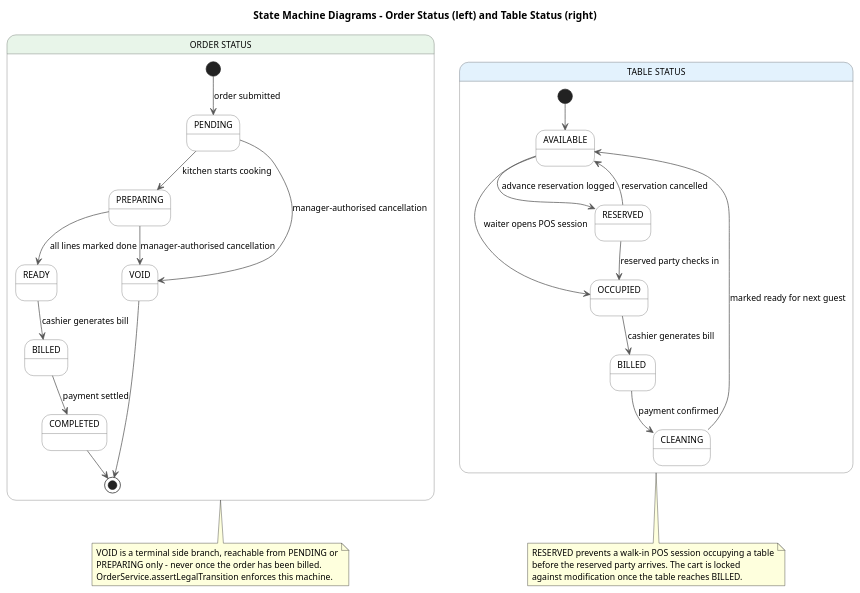
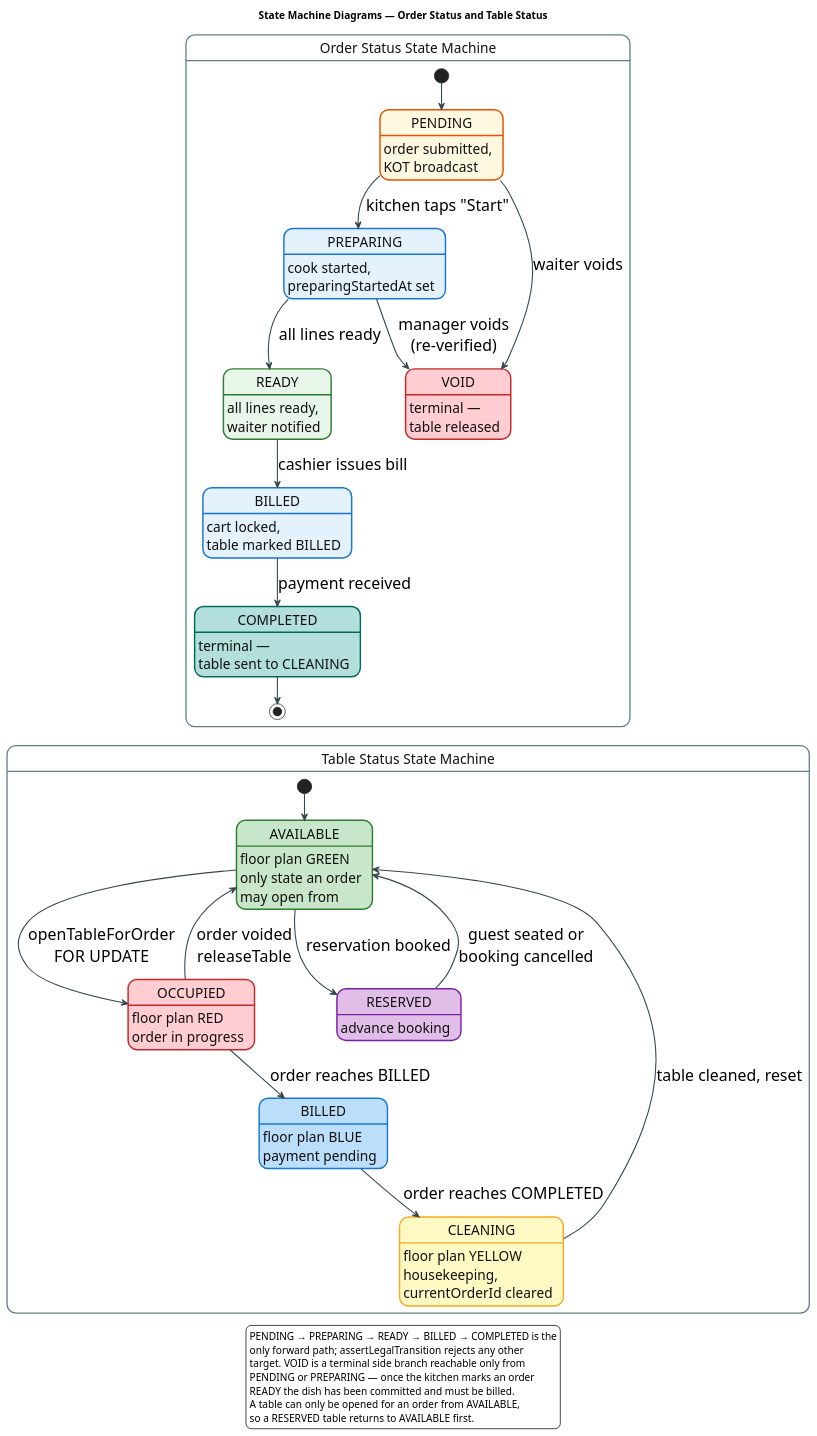
The diagram in diagrams-source/fig3_5_state.puml (Buddhimal-Ramanayaka/restaurant-management-system), drawn with PlantUML before and after one commit. The commit also changed 20 other files, not shown here.

First line of the commit message:
Update diagram sources to match the current system

```diff
--- a/diagrams-source/fig3_5_state.puml
+++ b/diagrams-source/fig3_5_state.puml
@@ -1,62 +1,102 @@
 @startuml
+' Figure 3.5 - State Machine Diagrams, Order Status and Table Status
+'
+' Theme follows the original figure: rounded coloured states with a bold coloured name
+' over a plain description line, filled start node, bullseye terminal node, and labelled
+' transitions. Arranged one machine after the other down the page rather than side by
+' side, so the figure sits portrait.
+'
+' Sizing: once width is the binding constraint the printed point size is set by canvas
+' WIDTH alone, so every state description and transition label is wrapped narrow and the
+' figure is allowed to grow tall in exchange - height is free up to the 9.28in budget.
+'
+' Order transitions verified against OrderService.NEXT / assertLegalTransition / voidOrder;
+' table transitions against TableService.openTableForOrder / markBilled / markCleaning /
+' markAvailable / releaseTable / setReserved.
+
 skinparam backgroundColor #FFFFFF
 skinparam shadowing false
-skinparam defaultFontName "Segoe UI"
-skinparam defaultFontSize 12
-skinparam ArrowColor #555555
+skinparam defaultFontName "Arial"
+skinparam defaultFontSize 22
+skinparam ArrowThickness 1.5
+skinparam ArrowColor #37474F
+skinparam nodesep 18
+skinparam ranksep 26
+
 skinparam state {
+  FontSize 23
+  FontStyle bold
+  AttributeFontSize 19
+  AttributeFontStyle plain
+  BorderThickness 1.8
   BackgroundColor #FFFFFF
-  BorderColor #666666
-  FontSize 12
+  BorderColor #607D8B
+  StartColor #212121
+  EndColor #212121
 }
-title State Machine Diagrams - Order Status (left) and Table Status (right)
+skinparam StateFontColor #111111
 
-state "ORDER STATUS" as OrderSM #E8F5E9 {
-  state PENDING
-  state PREPARING
-  state READY
-  state BILLED
-  state COMPLETED
-  state VOID
+title State Machine Diagrams — Order Status and Table Status
 
-  [*] --> PENDING : order submitted
-  PENDING --> PREPARING : kitchen starts cooking
-  PREPARING --> READY : all lines marked done
-  READY --> BILLED : cashier generates bill
-  BILLED --> COMPLETED : payment settled
-  COMPLETED --> [*]
-  PENDING --> VOID : manager-authorised cancellation
-  PREPARING --> VOID : manager-authorised cancellation
-  VOID --> [*]
+state "Order Status State Machine" as OSM {
+  state "PENDING"   as OP #FFF8E1 ##[bold]E65100
+  state "PREPARING" as OR #E3F2FD ##[bold]1976D2
+  state "READY"     as OY #E8F5E9 ##[bold]2E7D32
+  state "BILLED"    as OB #E3F2FD ##[bold]1976D2
+  state "COMPLETED" as OC #B2DFDB ##[bold]00695C
+  state "VOID"      as OV #FFCDD2 ##[bold]C62828
+
+  OP : order submitted,\nKOT broadcast
+  OR : cook started,\npreparingStartedAt set
+  OY : all lines ready,\nwaiter notified
+  OB : cart locked,\ntable marked BILLED
+  OC : terminal —\ntable sent to CLEANING
+  OV : terminal —\ntable released
+
+  [*] --> OP
+  OP --> OR : kitchen taps "Start"
+  OR --> OY : all lines ready
+  OY --> OB : cashier issues bill
+  OB --> OC : payment received
+  OC --> [*]
+
+  OP --> OV : waiter voids
+  OR --> OV : manager voids\n(re-verified)
 }
 
-state "TABLE STATUS" as TableSM #E3F2FD {
-  state AVAILABLE
-  state OCCUPIED
-  state "BILLED " as TBILLED
-  state CLEANING
-  state RESERVED
+state "Table Status State Machine" as TSM {
+  state "AVAILABLE" as TA #C8E6C9 ##[bold]2E7D32
+  state "OCCUPIED"  as TO #FFCDD2 ##[bold]C62828
+  state "BILLED"    as TB #BBDEFB ##[bold]1976D2
+  state "CLEANING"  as TC #FFF9C4 ##[bold]F9A825
+  state "RESERVED"  as TR #E1BEE7 ##[bold]7B1FA2
 
-  [*] --> AVAILABLE
-  AVAILABLE --> OCCUPIED : waiter opens POS session
-  OCCUPIED --> TBILLED : cashier generates bill
-  TBILLED --> CLEANING : payment confirmed
-  CLEANING --> AVAILABLE : marked ready for next guest
-  AVAILABLE --> RESERVED : advance reservation logged
-  RESERVED --> OCCUPIED : reserved party checks in
-  RESERVED --> AVAILABLE : reservation cancelled
+  TA : floor plan GREEN\nonly state an order\nmay open from
+  TO : floor plan RED\norder in progress
+  TB : floor plan BLUE\npayment pending
+  TC : floor plan YELLOW\nhousekeeping,\ncurrentOrderId cleared
+  TR : advance booking
+
+  [*] --> TA
+  TA --> TO : openTableForOrder\nFOR UPDATE
+  TO --> TB : order reaches BILLED
+  TB --> TC : order reaches COMPLETED
+  TC --> TA : table cleaned, reset
+  TA --> TR : reservation booked
+  TR --> TA : guest seated or\nbooking cancelled
+  TO --> TA : order voided\nreleaseTable
 }
 
-note bottom of OrderSM
-  VOID is a terminal side branch, reachable from PENDING or
-  PREPARING only - never once the order has been billed.
-  OrderService.assertLegalTransition enforces this machine.
-end note
+OSM -[hidden]-> TSM
 
-note bottom of TableSM
-  RESERVED prevents a walk-in POS session occupying a table
-  before the reserved party arrives. The cart is locked
-  against modification once the table reaches BILLED.
-end note
+legend bottom
+  PENDING → PREPARING → READY → BILLED → COMPLETED is the
+  only forward path; assertLegalTransition rejects any other
+  target. VOID is a terminal side branch reachable only from
+  PENDING or PREPARING — once the kitchen marks an order
+  READY the dish has been committed and must be billed.
+  A table can only be opened for an order from AVAILABLE,
+  so a RESERVED table returns to AVAILABLE first.
+endlegend
 
 @enduml
```
